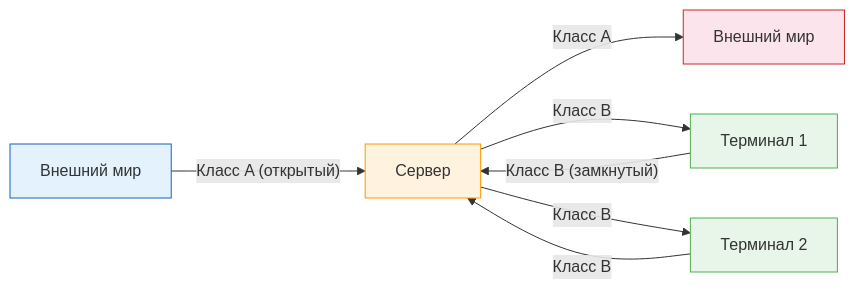
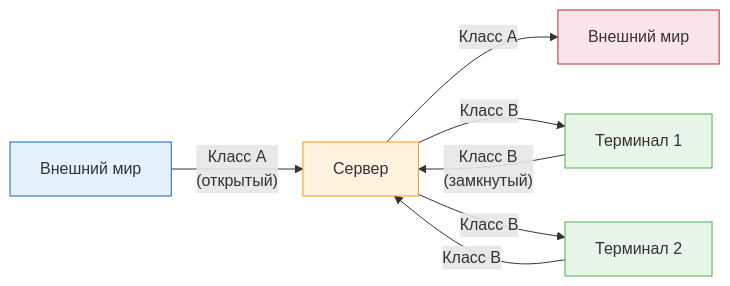
One commit to stareeg/simulation-modeling-notes changed the third of 6 diagrams in docs/08-queueing-networks.md. Above: the diagram before and after it, drawn with Mermaid. The commit also changed other lines of this file and 14 other files, not shown here.

````diff
--- a/docs/08-queueing-networks.md
+++ b/docs/08-queueing-networks.md
@@ -104,15 +108,15 @@
 ```mermaid
 flowchart LR
-    EXT["Внешний мир"] -->|"Класс A (открытый)"| S["Сервер"]
+    EXT["Внешний мир"] -->|"Класс A<br>(открытый)"| S["Сервер"]
     S -->|"Класс A"| OUT["Внешний мир"]
-    T1["Терминал 1"] -->|"Класс B (замкнутый)"| S
+    T1["Терминал 1"] -->|"Класс B<br>(замкнутый)"| S
     S -->|"Класс B"| T1
     T2["Терминал 2"] -->|"Класс B"| S
     S -->|"Класс B"| T2
 
     style EXT fill:#e3f2fd,stroke:#1565C0
     style OUT fill:#fce4ec,stroke:#C62828
     style S fill:#fff3e0,stroke:#FF9800
     style T1 fill:#e8f5e9,stroke:#4CAF50
     style T2 fill:#e8f5e9,stroke:#4CAF50
 ```
````
